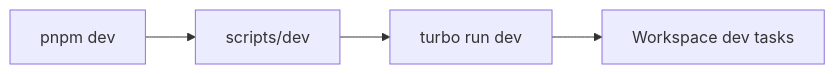
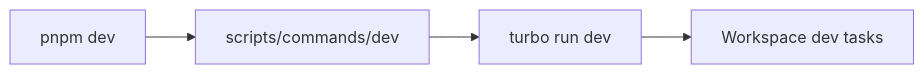
The fifth of 16 diagrams in docs/developer/EE-IMP-006-P07_Root_Script_Suite_Automation.md (EQ-LABS-TECH/ee-monorepo), drawn with Mermaid before and after one commit. The commit also changed other lines of this file and 14 other files, not shown here.

````diff
--- a/docs/developer/EE-IMP-006-P07_Root_Script_Suite_Automation.md
+++ b/docs/developer/EE-IMP-006-P07_Root_Script_Suite_Automation.md
@@ -296,6 +287,6 @@
 ```mermaid
 flowchart LR
-    A["pnpm dev"] --> B["scripts/dev"]
-    B --> C["turbo run dev"]
-    C --> D["Workspace dev tasks"]
+ A["pnpm dev"] --> B["scripts/commands/dev"]
+ B --> C["turbo run dev"]
+ C --> D["Workspace dev tasks"]
 ```
````
